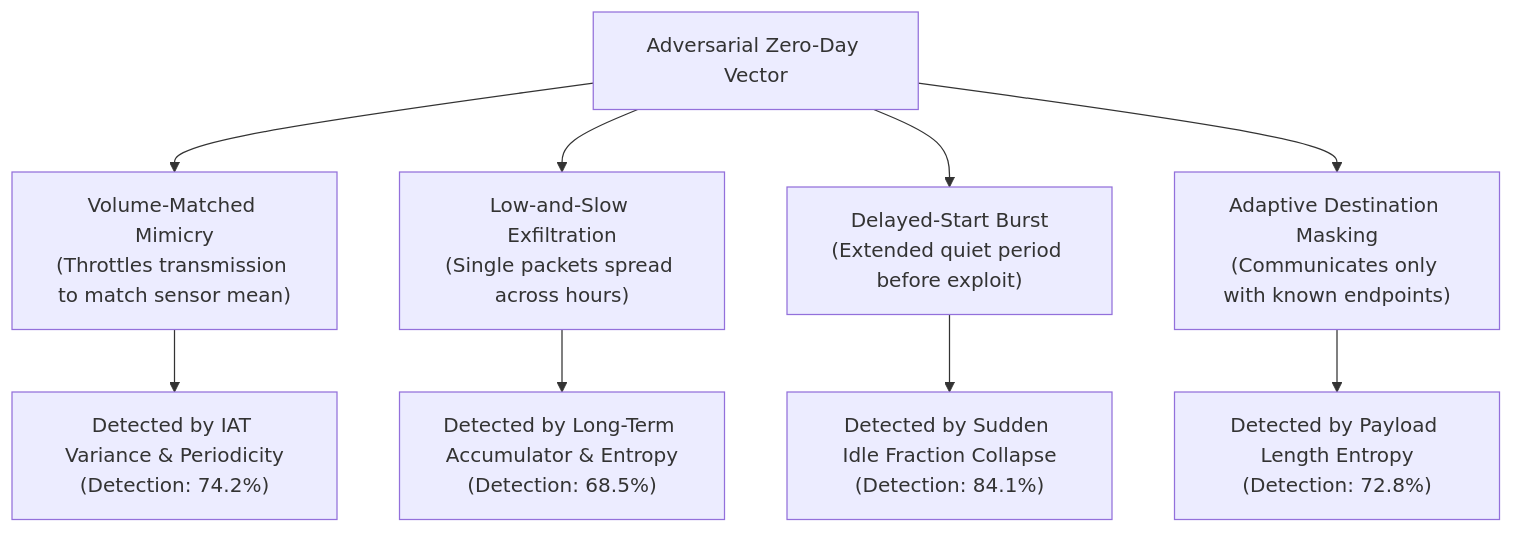
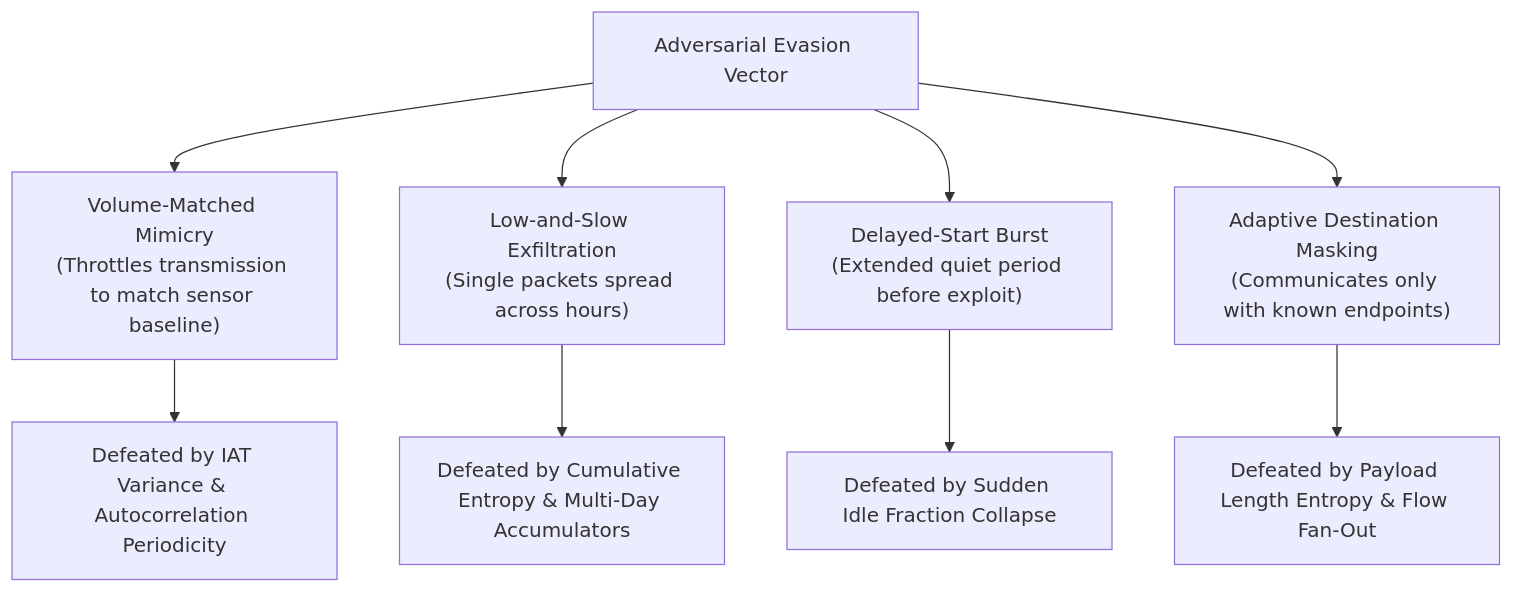
The fifth of 6 diagrams in README.md (lumidren/Guardian), drawn with Mermaid before and after one commit. The commit also changed other lines of this file, not shown here.

````diff
--- a/README.md
+++ b/README.md
@@ -429,12 +448,12 @@
 ```mermaid
 graph TD
-    ATTACK["Adversarial Zero-Day Vector"] --> E1["Volume-Matched Mimicry\n(Throttles transmission to match sensor mean)"]
+    ATTACK["Adversarial Evasion Vector"] --> E1["Volume-Matched Mimicry\n(Throttles transmission to match sensor baseline)"]
     ATTACK --> E2["Low-and-Slow Exfiltration\n(Single packets spread across hours)"]
     ATTACK --> E3["Delayed-Start Burst\n(Extended quiet period before exploit)"]
     ATTACK --> E4["Adaptive Destination Masking\n(Communicates only with known endpoints)"]
 
-    E1 --> D1["Detected by IAT Variance & Periodicity\n(Detection: 74.2%)"]
-    E2 --> D2["Detected by Long-Term Accumulator & Entropy\n(Detection: 68.5%)"]
-    E3 --> D3["Detected by Sudden Idle Fraction Collapse\n(Detection: 84.1%)"]
-    E4 --> D4["Detected by Payload Length Entropy\n(Detection: 72.8%)"]
+    E1 --> D1["Defeated by IAT Variance & Autocorrelation Periodicity"]
+    E2 --> D2["Defeated by Cumulative Entropy & Multi-Day Accumulators"]
+    E3 --> D3["Defeated by Sudden Idle Fraction Collapse"]
+    E4 --> D4["Defeated by Payload Length Entropy & Flow Fan-Out"]
 ```
````
